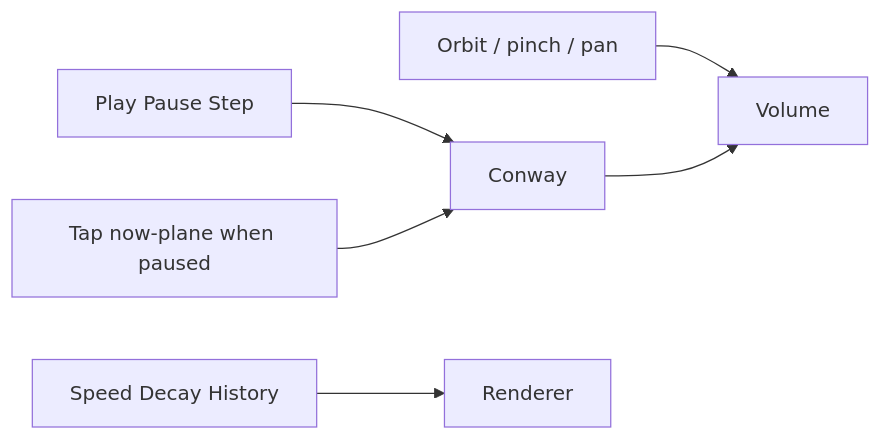
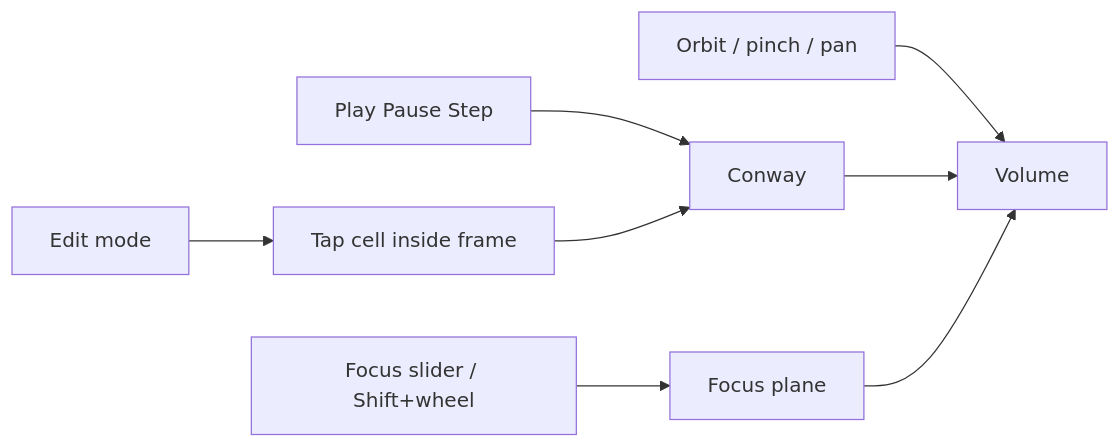
The diagram in docs/gui.md (PiMaV/DONNER), drawn with Mermaid before and after one commit. The commit also changed other lines of this file and 17 other files, not shown here.

First line of the commit message:
Make the volume readable: focus plane, worldline class, Blinker-first.

````diff
--- a/docs/gui.md
+++ b/docs/gui.md
@@ -8,8 +8,10 @@
 ```mermaid
 flowchart LR
   orbit[Orbit / pinch / pan] --> scene[Volume]
   play[Play Pause Step] --> sim[Conway]
   sim --> scene
-  paint[Tap now-plane when paused] --> sim
-  sliders[Speed Decay History] --> view[Renderer]
+  scrub[Focus slider / Shift+wheel] --> plane[Focus plane]
+  plane --> scene
+  edit[Edit mode] --> paint[Tap cell inside frame]
+  paint --> sim
 ```
````
